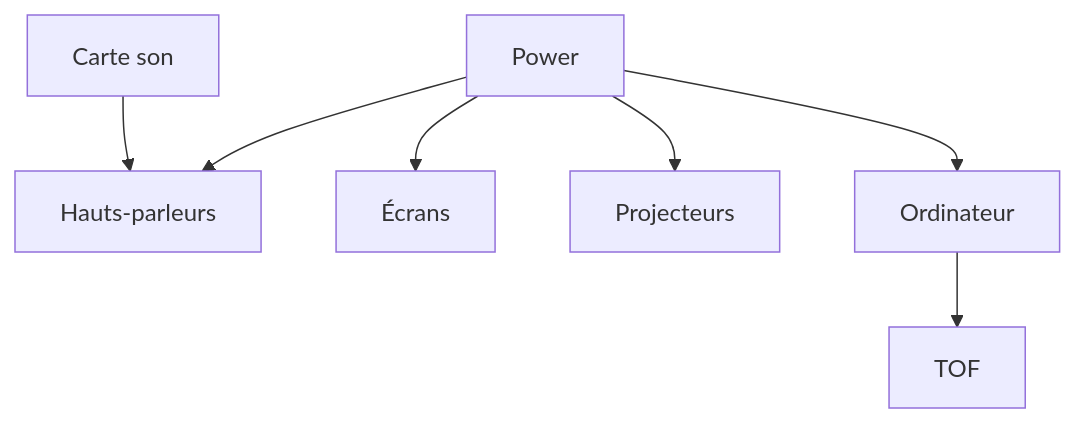
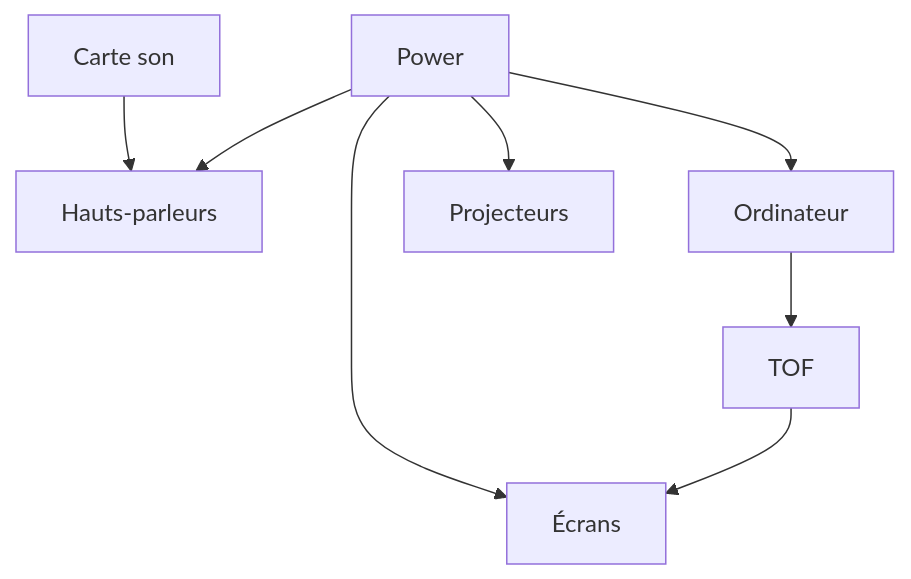
Before and after one commit to DjeAbdel0/E2_Civilisation_Perdue: the second of 2 diagrams in README.md, drawn with Mermaid.

````diff
--- a/README.md
+++ b/README.md
@@ -122,9 +122,10 @@
 ```mermaid
 graph TD;
     A[Power] --> B[Hauts-parleurs]
     F[Carte son] --> B[Hauts-parleurs]
     A[Power] --> c[Écrans]
     A[Power] --> D[Projecteurs]
     A[Power] --> E[Ordinateur]
     E[Ordinateur] --> G[TOF]
+    G[TOF] --> c[Écrans]
 ```
````
